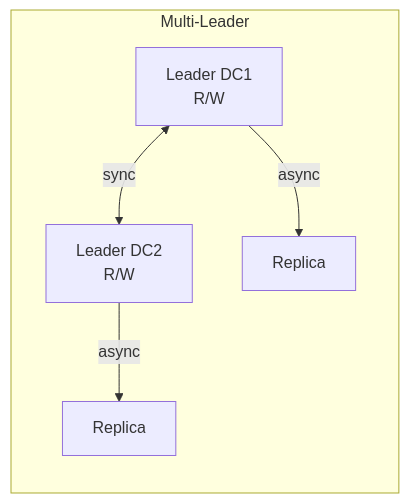
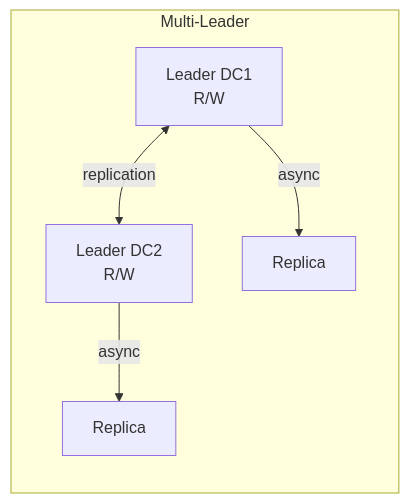
The eighth of 14 diagrams in cheatsheets/interview/architecture/distributed-systems-interview.md (akeverus/cheat-sheet), drawn with Mermaid before and after one commit. The commit also changed other lines of this file and 154 other files, not shown here.

````diff
--- a/cheatsheets/interview/architecture/distributed-systems-interview.md
+++ b/cheatsheets/interview/architecture/distributed-systems-interview.md
@@ -740,8 +712,8 @@
 ```mermaid
 graph LR
     subgraph "Multi-Leader"
-        L1[Leader DC1<br/>R/W] <-- sync --> L2[Leader DC2<br/>R/W]
+        L1[Leader DC1<br/>R/W] <-- replication --> L2[Leader DC2<br/>R/W]
         L1 -- async --> R3[Replica]
         L2 -- async --> R4[Replica]
     end
 ```
````
